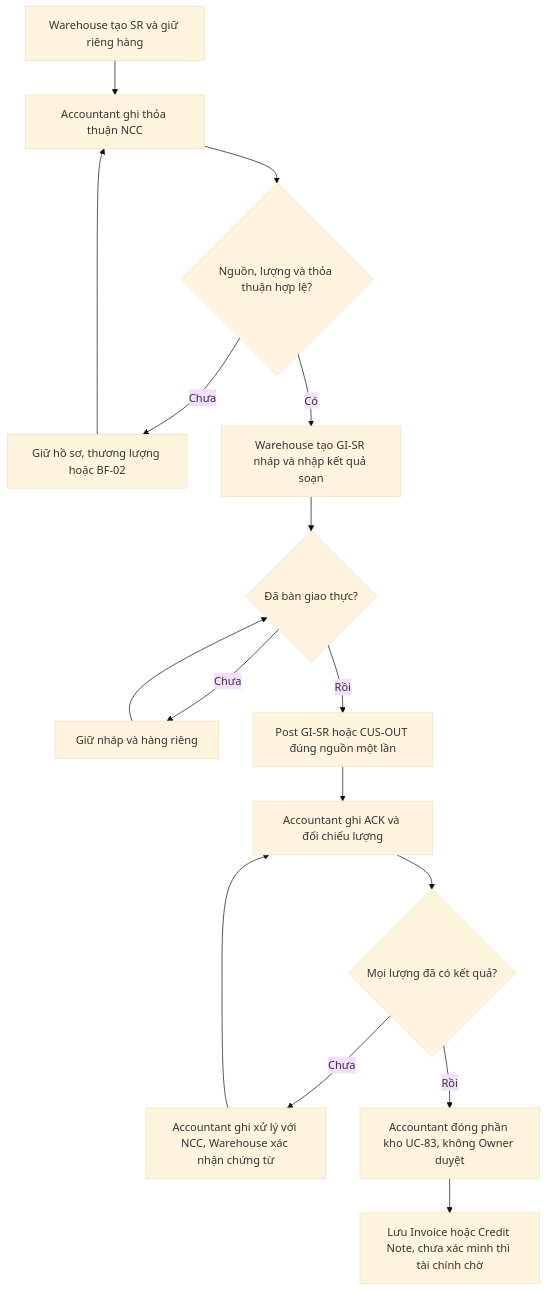
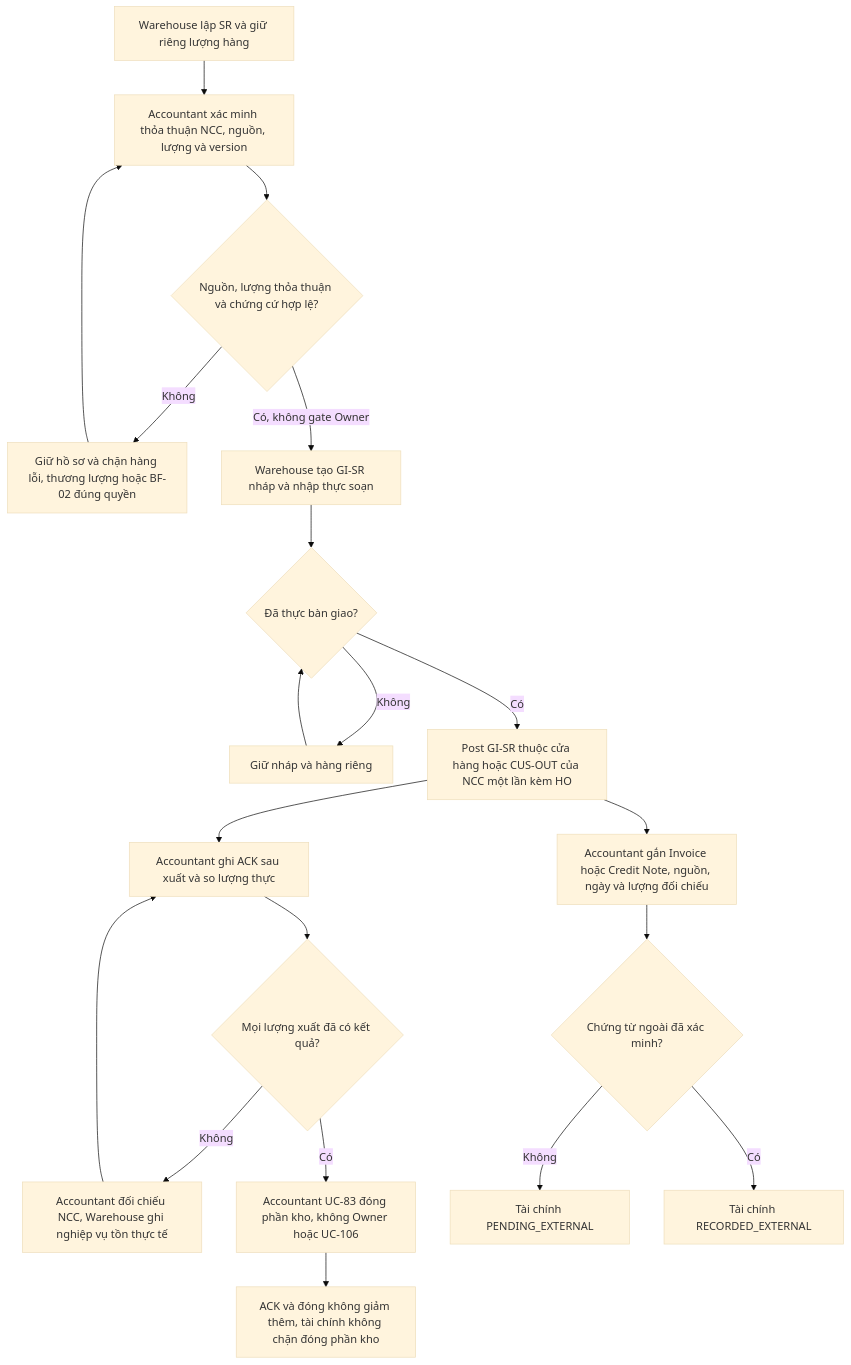
One commit to minhbach032003/docs_doan changed the ninth of 9 diagrams in docs/02_nghiep_vu/de_xuat_quy_trinh_2_VI.md. Above: the diagram before and after it, drawn with Mermaid (base theme). The commit also changed other lines of this file and 25 other files, not shown here.

````diff
--- a/docs/02_nghiep_vu/de_xuat_quy_trinh_2_VI.md
+++ b/docs/02_nghiep_vu/de_xuat_quy_trinh_2_VI.md
@@ -854,18 +894,23 @@
 ```mermaid
+%% WMSD business baseline 3.1.0 - synchronized 2026-10-25
 flowchart TD
- A[Warehouse tạo SR và giữ riêng hàng] --> B[Accountant ghi thỏa thuận NCC]
- B --> C{Nguồn, lượng và thỏa thuận hợp lệ?}
- C -->|Chưa| D[Giữ hồ sơ, thương lượng hoặc BF-02]
+ A[Warehouse lập SR và giữ riêng lượng hàng] --> B[Accountant xác minh thỏa thuận NCC, nguồn, lượng và version]
+ B --> C{Nguồn, lượng thỏa thuận và chứng cứ hợp lệ?}
+ C -->|Không| D[Giữ hồ sơ và chặn hàng lỗi, thương lượng hoặc BF-02 đúng quyền]
  D --> B
- C -->|Có| G[Warehouse tạo GI-SR nháp và nhập kết quả soạn]
- G --> H{Đã bàn giao thực?}
- H -->|Chưa| W[Giữ nháp và hàng riêng]
+ C -->|Có, không gate Owner| G[Warehouse tạo GI-SR nháp và nhập thực soạn]
+ G --> H{Đã thực bàn giao?}
+ H -->|Không| W[Giữ nháp và hàng riêng]
  W --> H
- H -->|Rồi| I[Post GI-SR hoặc CUS-OUT đúng nguồn một lần]
- I --> J[Accountant ghi ACK và đối chiếu lượng]
- J --> K{Mọi lượng đã có kết quả?}
- K -->|Chưa| M[Accountant ghi xử lý với NCC, Warehouse xác nhận chứng từ]
+ H -->|Có| I[Post GI-SR thuộc cửa hàng hoặc CUS-OUT của NCC một lần kèm HO]
+ I --> J[Accountant ghi ACK sau xuất và so lượng thực]
+ J --> K{Mọi lượng xuất đã có kết quả?}
+ K -->|Không| M[Accountant đối chiếu NCC, Warehouse ghi nghiệp vụ tồn thực tế]
  M --> J
- K -->|Rồi| L[Accountant đóng phần kho UC-83, không Owner duyệt]
- L --> N[Lưu Invoice hoặc Credit Note, chưa xác minh thì tài chính chờ]
+ K -->|Có| L[Accountant UC-83 đóng phần kho, không Owner hoặc UC-106]
+ I --> N[Accountant gắn Invoice hoặc Credit Note, nguồn, ngày và lượng đối chiếu]
+ N --> N2{Chứng từ ngoài đã xác minh?}
+ N2 -->|Không| N3[Tài chính PENDING_EXTERNAL]
+ N2 -->|Có| N4[Tài chính RECORDED_EXTERNAL]
+ L --> Z[ACK và đóng không giảm thêm, tài chính không chặn đóng phần kho]
 ```
````
